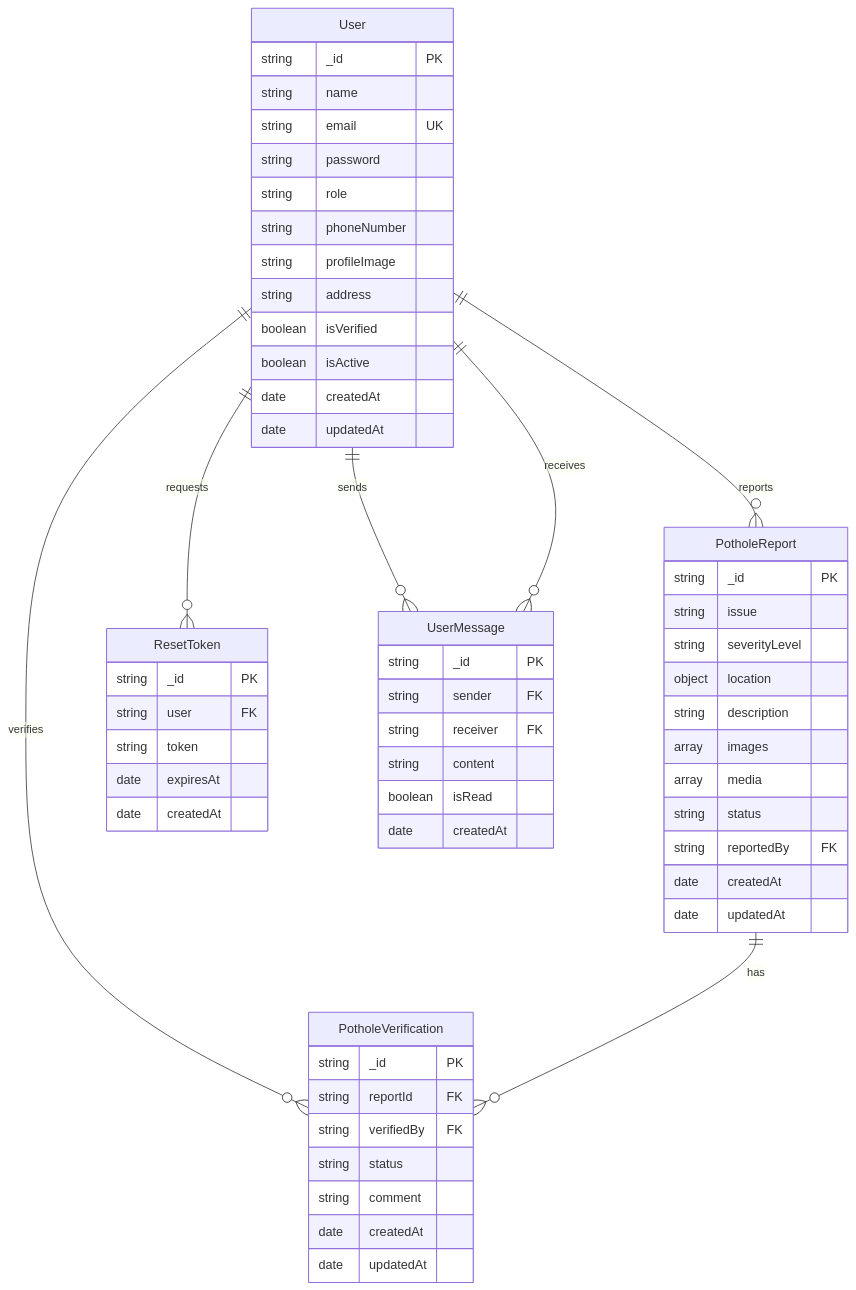
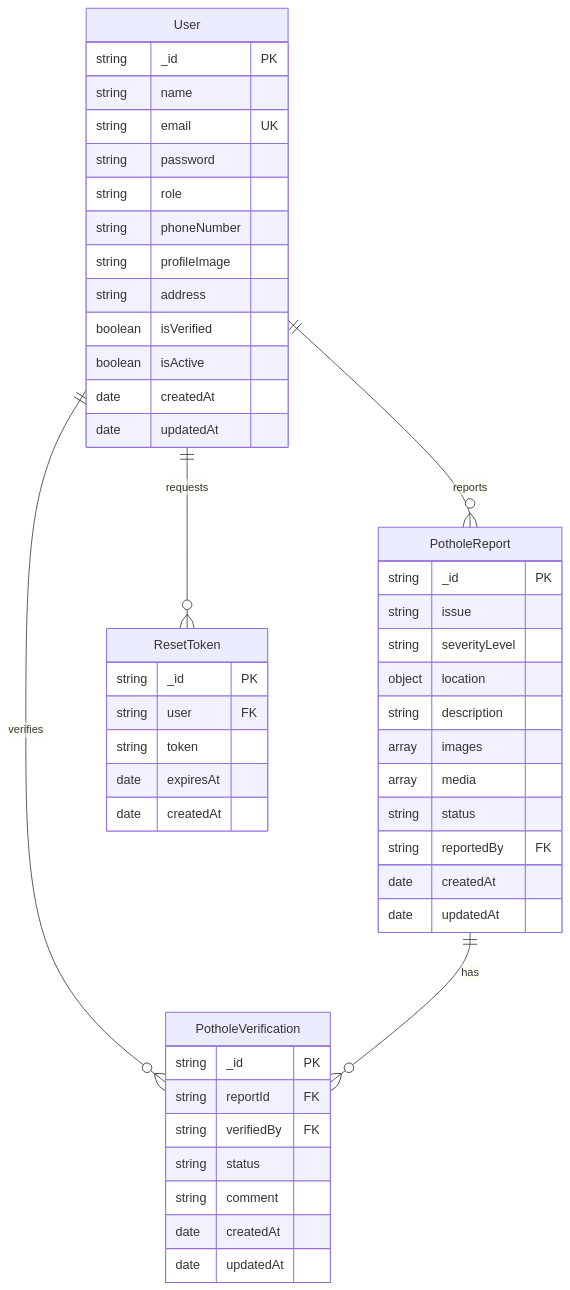
The diagram in docs/diagrams/database-diagram.md (abdullahalkafi-dev/Joura_Pothole), drawn with Mermaid before and after one commit. The commit also changed other lines of this file, not shown here.

Commit message:
Remove UserMessage schema from database diagram and update relationships

````diff
--- a/docs/diagrams/database-diagram.md
+++ b/docs/diagrams/database-diagram.md
@@ -7,65 +7,54 @@
 ```mermaid
 erDiagram
     User {
         string _id PK
         string name
         string email UK
         string password
         string role
         string phoneNumber
         string profileImage
         string address
         boolean isVerified
         boolean isActive
         date createdAt
         date updatedAt
     }
     
     PotholeReport {
         string _id PK
         string issue
         string severityLevel
         object location
         string description
         array images
         array media
         string status
         string reportedBy FK
         date createdAt
         date updatedAt
     }
     
     PotholeVerification {
         string _id PK
         string reportId FK
         string verifiedBy FK
         string status
         string comment
         date createdAt
         date updatedAt
     }
     
     ResetToken {
         string _id PK
         string user FK
         string token
         date expiresAt
         date createdAt
     }
-    
-    UserMessage {
-        string _id PK
-        string sender FK
-        string receiver FK
-        string content
-        boolean isRead
-        date createdAt
-    }
 
     User ||--o{ PotholeReport : "reports"
     User ||--o{ PotholeVerification : "verifies"
     PotholeReport ||--o{ PotholeVerification : "has"
     User ||--o{ ResetToken : "requests"
-    User ||--o{ UserMessage : "sends"
-    User ||--o{ UserMessage : "receives"
 ```
````
